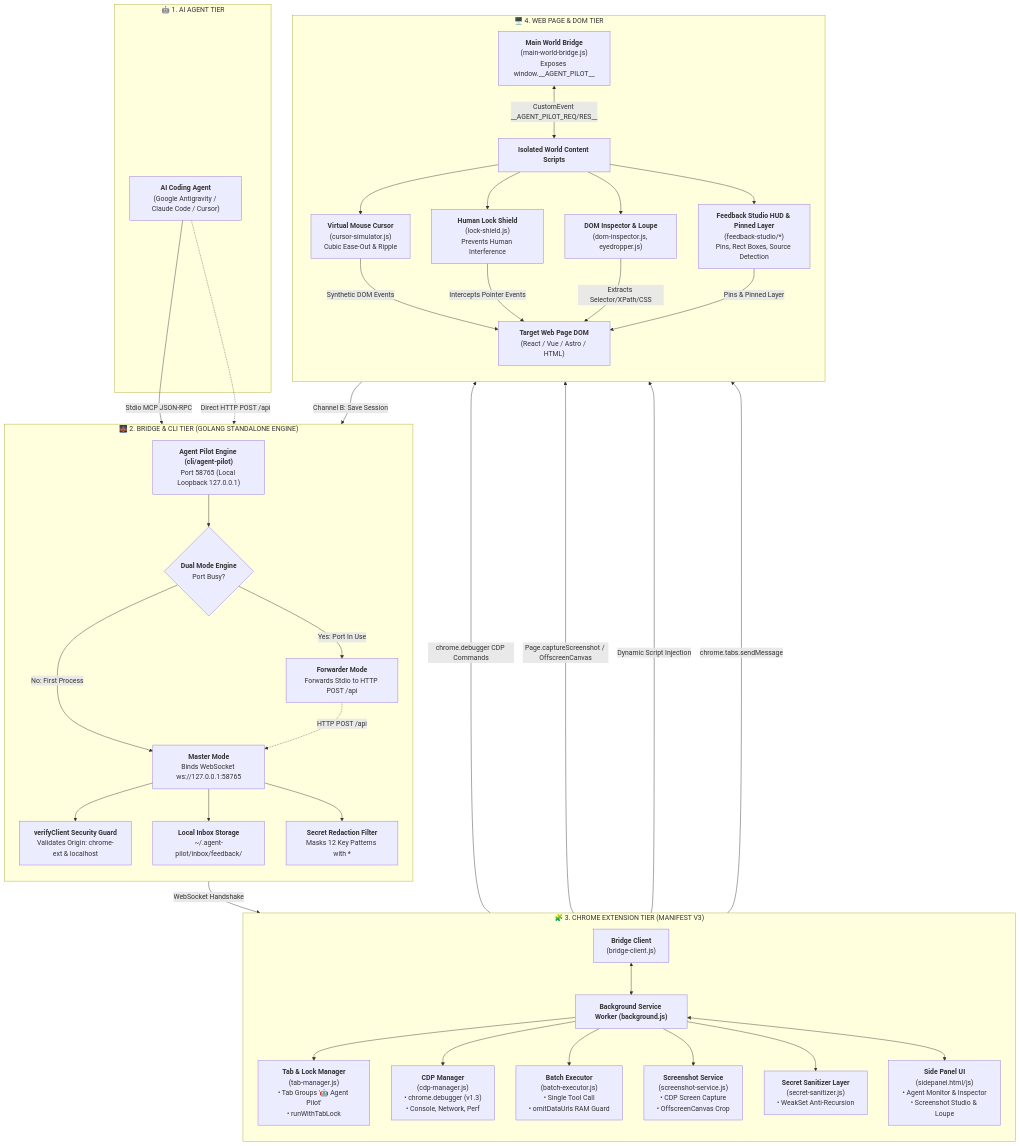
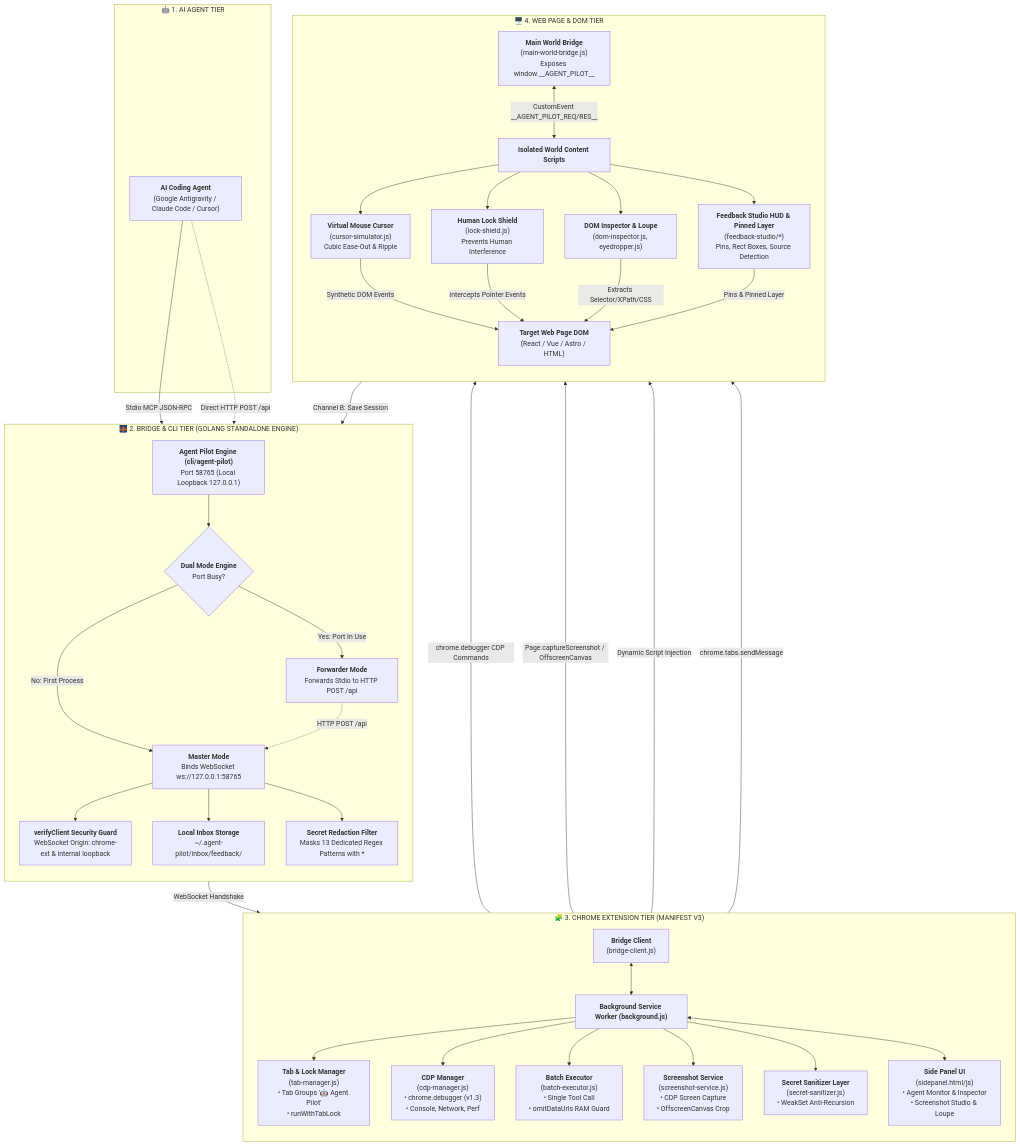
The first of 3 diagrams in docs/ARCHITECTURE.md (ducconit/agent-pilot), drawn with Mermaid before and after one commit. The commit also changed other lines of this file and 34 other files, not shown here.

Commit message:
docs: align documentation with codebase across MCP, CLI, and Architecture

````diff
--- a/docs/ARCHITECTURE.md
+++ b/docs/ARCHITECTURE.md
@@ -12,78 +12,78 @@
 ```mermaid
 flowchart TB
     subgraph AgentLayer["🤖 1. AI AGENT TIER"]
         Agent["<b>AI Coding Agent</b><br/>(Google Antigravity / Claude Code / Cursor)"]
     end
 
     subgraph BridgeLayer["🌉 2. BRIDGE & CLI TIER (GOLANG STANDALONE ENGINE)"]
         direction TB
         ServerEntry["<b>Agent Pilot Engine (cli/agent-pilot)</b><br/>Port 58765 (Local Loopback 127.0.0.1)"]
         DualMode{"<b>Dual Mode Engine</b><br/>Port Busy?"}
         Master["<b>Master Mode</b><br/>Binds WebSocket ws://127.0.0.1:58765"]
         Forwarder["<b>Forwarder Mode</b><br/>Forwards Stdio to HTTP POST /api"]
-        VerifyClient["<b>verifyClient Security Guard</b><br/>Validates Origin: chrome-ext & localhost"]
-        ServerRedactor["<b>Secret Redaction Filter</b><br/>Masks 12 Key Patterns with *"]
+        VerifyClient["<b>verifyClient Security Guard</b><br/>WebSocket Origin: chrome-ext & internal loopback"]
+        ServerRedactor["<b>Secret Redaction Filter</b><br/>Masks 13 Dedicated Regex Patterns with *"]
         InboxFS["<b>Local Inbox Storage</b><br/>~/.agent-pilot/inbox/feedback/"]
     end
 
     subgraph ExtensionLayer["🧩 3. CHROME EXTENSION TIER (MANIFEST V3)"]
         direction TB
         SW["<b>Background Service Worker (background.js)</b>"]
         WSClient["<b>Bridge Client</b><br/>(bridge-client.js)"]
         TabMgr["<b>Tab & Lock Manager</b><br/>(tab-manager.js)<br/>• Tab Groups '🤖 Agent Pilot'<br/>• runWithTabLock"]
         CDPMgr["<b>CDP Manager</b><br/>(cdp-manager.js)<br/>• chrome.debugger (v1.3)<br/>• Console, Network, Perf"]
         BatchExec["<b>Batch Executor</b><br/>(batch-executor.js)<br/>• Single Tool Call<br/>• omitDataUrls RAM Guard"]
         ShotSvc["<b>Screenshot Service</b><br/>(screenshot-service.js)<br/>• CDP Screen Capture<br/>• OffscreenCanvas Crop"]
         ClientRedactor["<b>Secret Sanitizer Layer</b><br/>(secret-sanitizer.js)<br/>• WeakSet Anti-Recursion"]
         SidePanel["<b>Side Panel UI</b><br/>(sidepanel.html/js)<br/>• Agent Monitor & Inspector<br/>• Screenshot Studio & Loupe"]
     end
 
     subgraph PageLayer["🖥️ 4. WEB PAGE & DOM TIER"]
         direction TB
         MainWorld["<b>Main World Bridge</b><br/>(main-world-bridge.js)<br/>Exposes window.__AGENT_PILOT__"]
         ContentScripts["<b>Isolated World Content Scripts</b>"]
         CursorSim["<b>Virtual Mouse Cursor</b><br/>(cursor-simulator.js)<br/>Cubic Ease-Out & Ripple"]
         LockShield["<b>Human Lock Shield</b><br/>(lock-shield.js)<br/>Prevents Human Interference"]
         DOMInspector["<b>DOM Inspector & Loupe</b><br/>(dom-inspector.js, eyedropper.js)"]
         FeedbackHUD["<b>Feedback Studio HUD & Pinned Layer</b><br/>(feedback-studio/*)<br/>Pins, Rect Boxes, Source Detection"]
         TargetDOM["<b>Target Web Page DOM</b><br/>(React / Vue / Astro / HTML)"]
     end
 
     %% Communication Links
     Agent -->|Stdio MCP JSON-RPC| ServerEntry
     Agent -.->|Direct HTTP POST /api| ServerEntry
     ServerEntry --> DualMode
     DualMode -->|No: First Process| Master
     DualMode -->|Yes: Port In Use| Forwarder
     Master --> VerifyClient
     VerifyClient -->|WebSocket Handshake| WSClient
     Forwarder -.->|HTTP POST /api| Master
 
     WSClient <--> SW
     SW --> TabMgr
     SW --> CDPMgr
     SW --> BatchExec
     SW --> ShotSvc
     SW --> ClientRedactor
     SW <--> SidePanel
 
     CDPMgr -->|chrome.debugger CDP Commands| TargetDOM
     ShotSvc -->|Page.captureScreenshot / OffscreenCanvas| TargetDOM
     TabMgr -->|Dynamic Script Injection| ContentScripts
     TabMgr -->|chrome.tabs.sendMessage| ContentScripts
 
     ContentScripts --> CursorSim
     ContentScripts --> LockShield
     ContentScripts --> DOMInspector
     ContentScripts --> FeedbackHUD
 
     CursorSim -->|Synthetic DOM Events| TargetDOM
     LockShield -->|Intercepts Pointer Events| TargetDOM
     DOMInspector -->|Extracts Selector/XPath/CSS| TargetDOM
     FeedbackHUD -->|Pins & Pinned Layer| TargetDOM
 
     MainWorld <-->|CustomEvent __AGENT_PILOT_REQ/RES__| ContentScripts
     FeedbackHUD -->|Channel B: Save Session| Master
     Master --> InboxFS
     Master --> ServerRedactor
 ```
````
